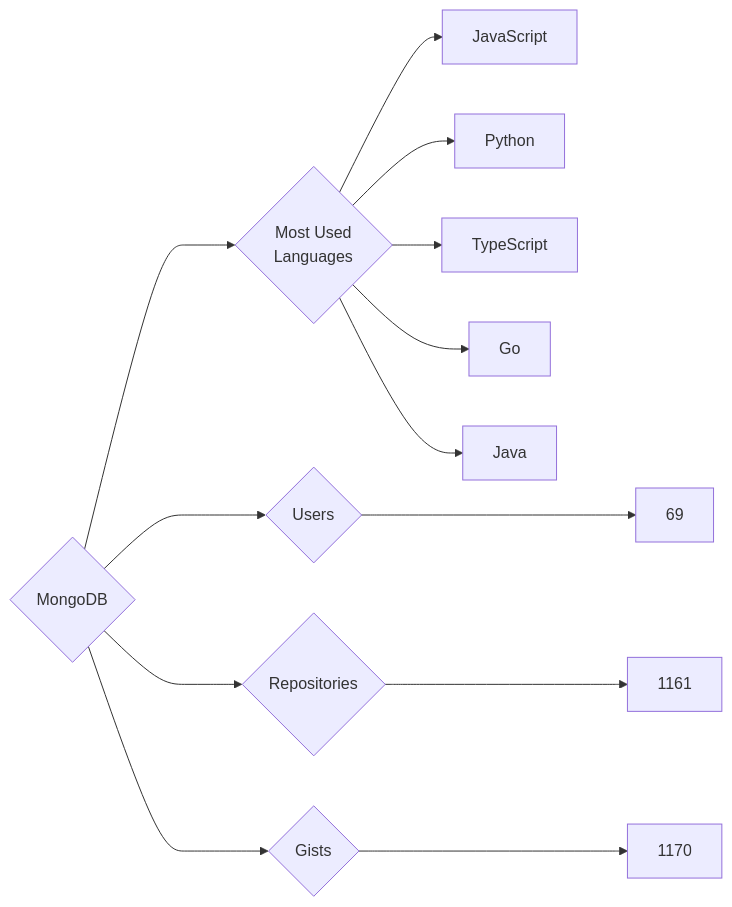
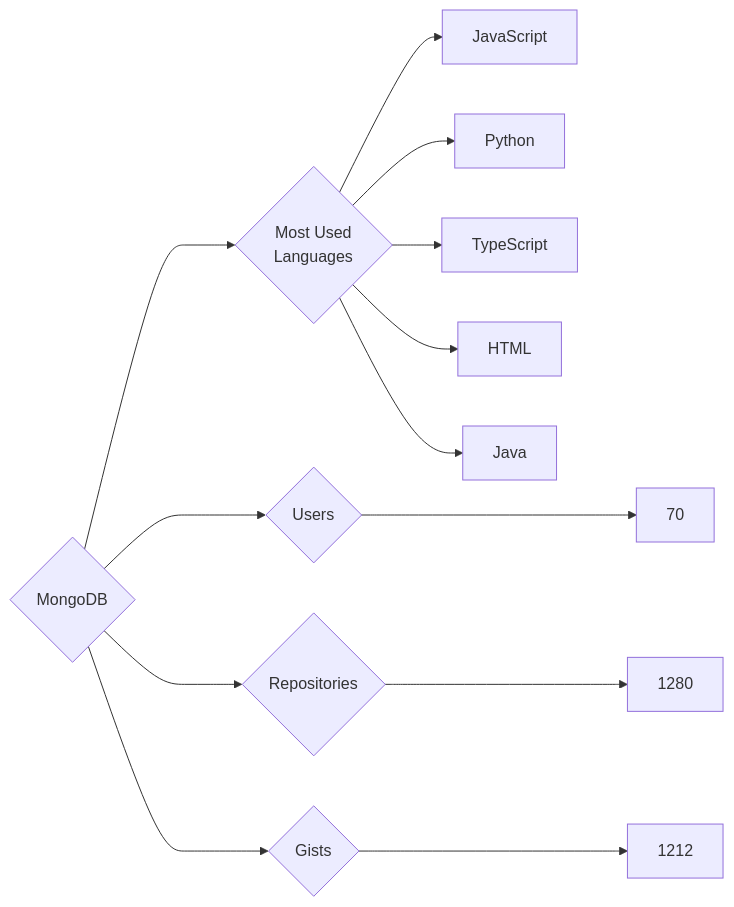
One commit to trickest/insiders changed the diagram in targets/MongoDB/README.md. Above: the diagram before and after it, drawn with Mermaid. The commit also changed 955 other files, not shown here.

````diff
--- a/targets/MongoDB/README.md
+++ b/targets/MongoDB/README.md
@@ -3,13 +3,13 @@
 ```mermaid
 graph LR
 COMPANY_NAME{MongoDB}
-COMPANY_NAME ---> U{Users} ---> UN[69]
-COMPANY_NAME ---> R{Repositories} ---> RN[1161]
-COMPANY_NAME ---> G{Gists} ---> GN[1170]
+COMPANY_NAME ---> U{Users} ---> UN[70]
+COMPANY_NAME ---> R{Repositories} ---> RN[1280]
+COMPANY_NAME ---> G{Gists} ---> GN[1212]
 COMPANY_NAME ---> ML{Most Used<br>Languages}
 ML --> JavaScript[JavaScript]
 ML --> Python[Python]
 ML --> TypeScript[TypeScript]
-ML --> Go[Go]
+ML --> HTML[HTML]
 ML --> Java[Java]
 ```
````
